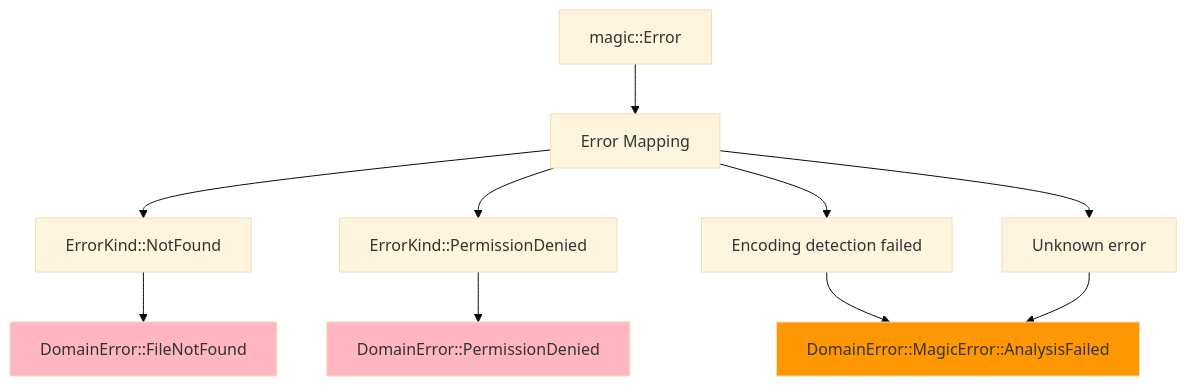
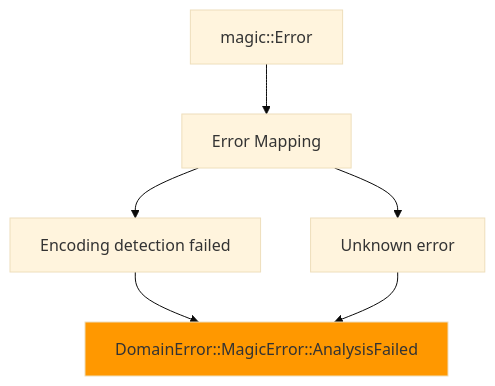
One commit to photom/magicer changed the fifth of 6 diagrams in docs/reference/infrastructure/libmagic_repository.md. Above: the diagram before and after it, drawn with Mermaid (base theme). The commit also changed other lines of this file and 18 other files, not shown here.

````diff
--- a/docs/reference/infrastructure/libmagic_repository.md
+++ b/docs/reference/infrastructure/libmagic_repository.md
@@ -191,20 +156,12 @@
 ```mermaid
 graph TD
     LibmagicErr["magic::Error"] --> Map[Error Mapping]
-    
-    Map --> NotFound[ErrorKind::NotFound]
-    NotFound --> DomainNotFound[DomainError::FileNotFound]
-    
-    Map --> Permission[ErrorKind::PermissionDenied]
-    Permission --> DomainPermission[DomainError::PermissionDenied]
     
     Map --> Encoding[Encoding detection failed]
     Encoding --> MagicErr[DomainError::MagicError::AnalysisFailed]
     
     Map --> Unknown[Unknown error]
     Unknown --> MagicErr
     
-    style DomainNotFound fill:#FFB6C1
-    style DomainPermission fill:#FFB6C1
     style MagicErr fill:#FF9800
 ```
````
